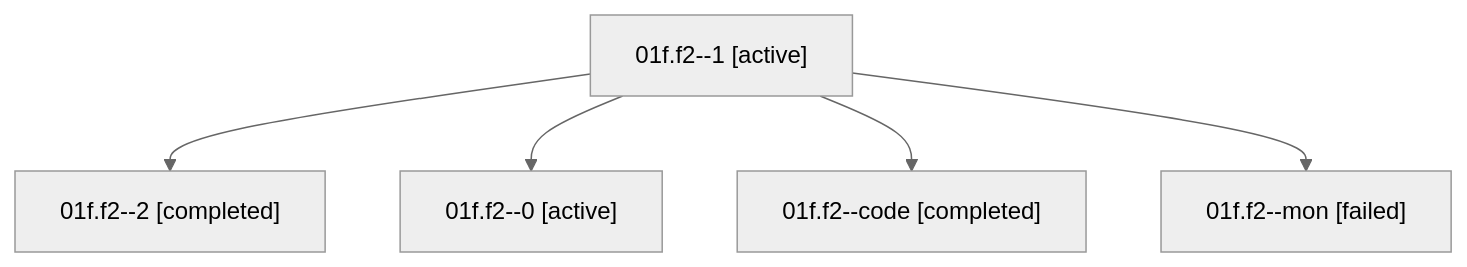
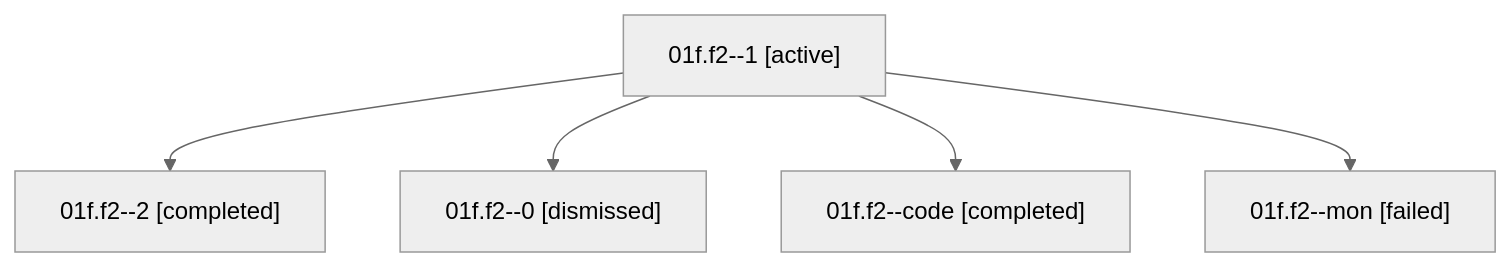
Before and after one commit to sase-org/sase--agents: the diagram in sessions/bbugyi200.athena.01f.f2.md, drawn with Mermaid (neutral theme). The commit also changed other lines of this file and 45 other files, not shown here.

````diff
--- a/sessions/bbugyi200.athena.01f.f2.md
+++ b/sessions/bbugyi200.athena.01f.f2.md
@@ -9,12 +9,12 @@
 ```mermaid
 flowchart TD
   n0["01f.f2--1 [active]"]
   n1["01f.f2--2 [completed]"]
   n0 --> n1
-  n2["01f.f2--0 [active]"]
+  n2["01f.f2--0 [dismissed]"]
   n0 --> n2
   n3["01f.f2--code [completed]"]
   n0 --> n3
   n4["01f.f2--mon [failed]"]
   n0 --> n4
 ```
````
